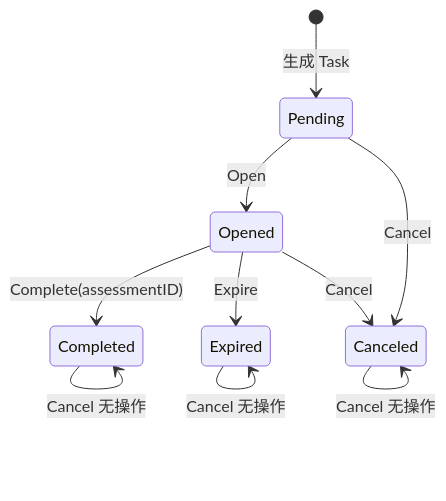
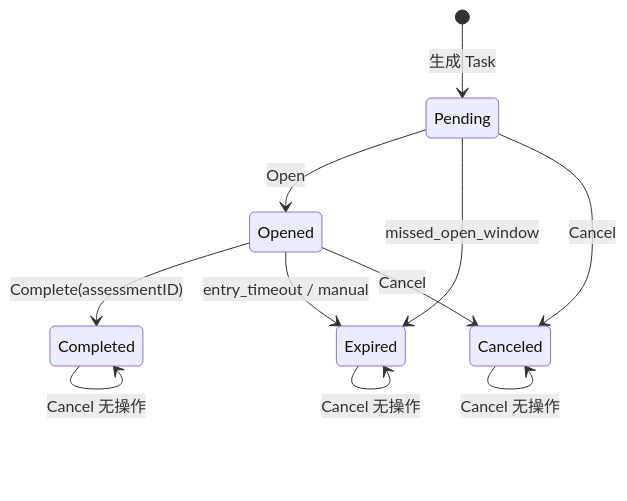
One commit to FangcunMount/qs-server changed the second of 6 diagrams in docs/02-业务模块/60-plan/21-核心设计-状态、幂等与数据一致性.md. Above: the diagram before and after it, drawn with Mermaid. The commit also changed other lines of this file and 44 other files, not shown here.

````diff
--- a/docs/02-业务模块/60-plan/21-核心设计-状态、幂等与数据一致性.md
+++ b/docs/02-业务模块/60-plan/21-核心设计-状态、幂等与数据一致性.md
@@ -138,12 +138,13 @@
 ```mermaid
 stateDiagram-v2
     [*] --> Pending: 生成 Task
     Pending --> Opened: Open
+    Pending --> Expired: missed_open_window
     Opened --> Completed: Complete(assessmentID)
-    Opened --> Expired: Expire
+    Opened --> Expired: entry_timeout / manual
     Pending --> Canceled: Cancel
     Opened --> Canceled: Cancel
     Completed --> Completed: Cancel 无操作
     Expired --> Expired: Cancel 无操作
     Canceled --> Canceled: Cancel 无操作
 ```
````
